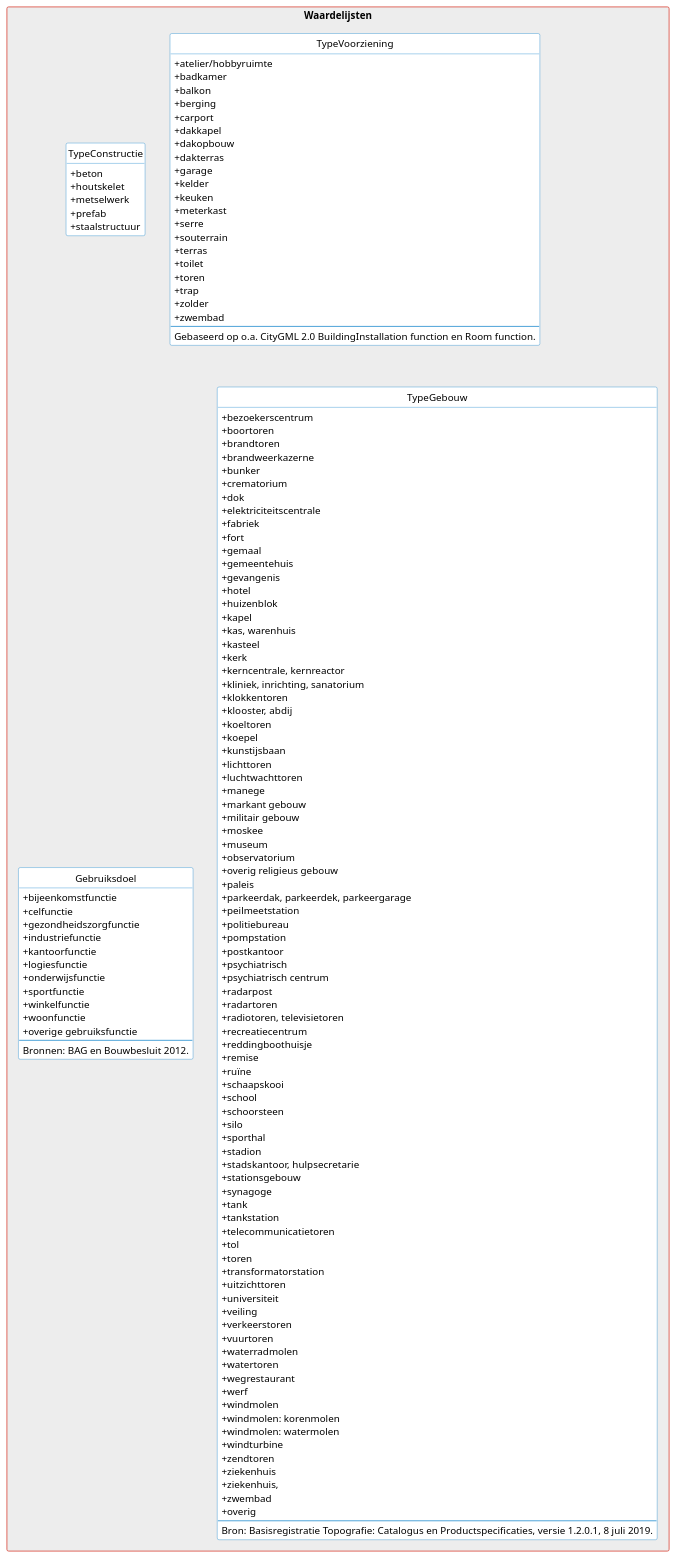
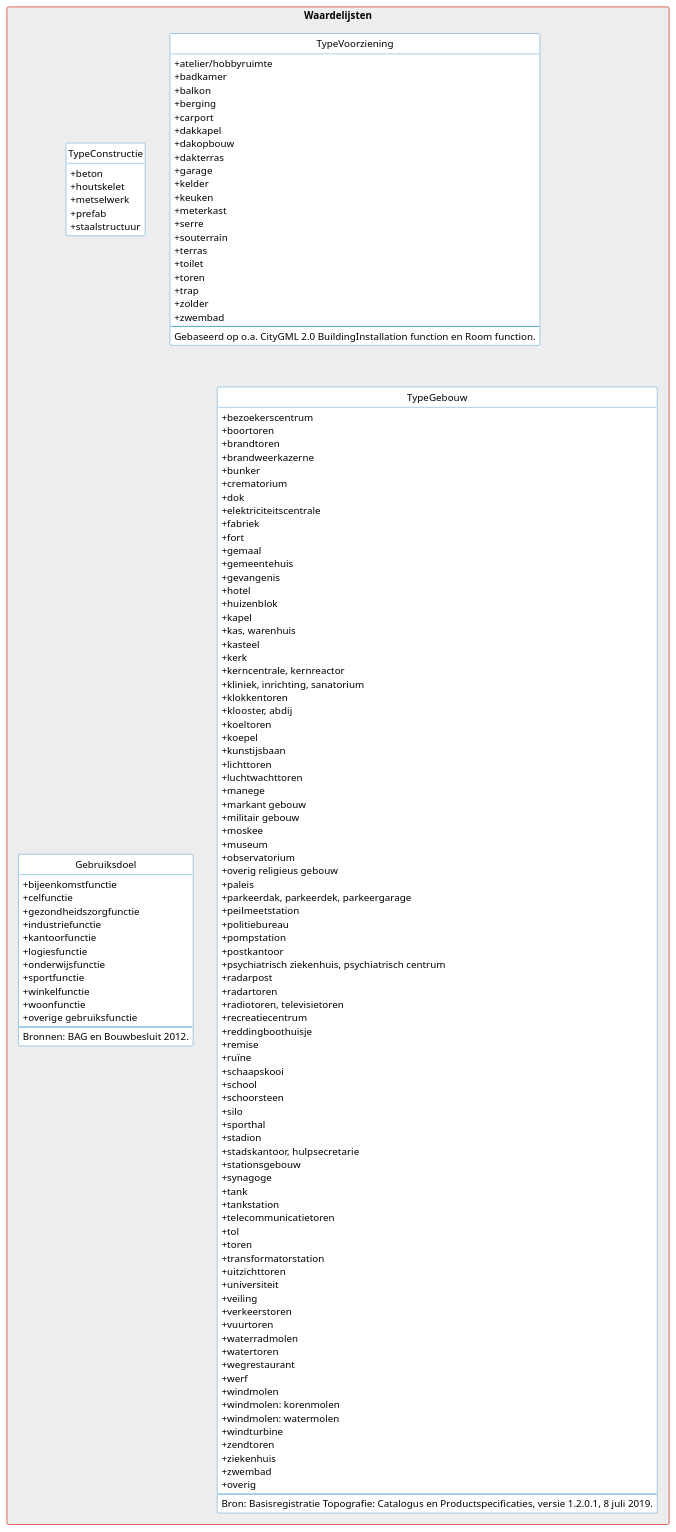
Before and after one commit to geobasisregistraties/werkgroep-bouwwerken: the diagram in model/waardelijsten.puml, drawn with PlantUML.

```diff
--- a/model/waardelijsten.puml
+++ b/model/waardelijsten.puml
@@ -193,8 +193,7 @@
         + politiebureau
         + pompstation
         + postkantoor
-        + psychiatrisch
-        + psychiatrisch centrum
+        + psychiatrisch ziekenhuis, psychiatrisch centrum
         + radarpost
         + radartoren
         + radiotoren, televisietoren
@@ -232,7 +231,6 @@
         + windturbine
         + zendtoren
         + ziekenhuis
-        + ziekenhuis,
         + zwembad
         + overig
         --
```
